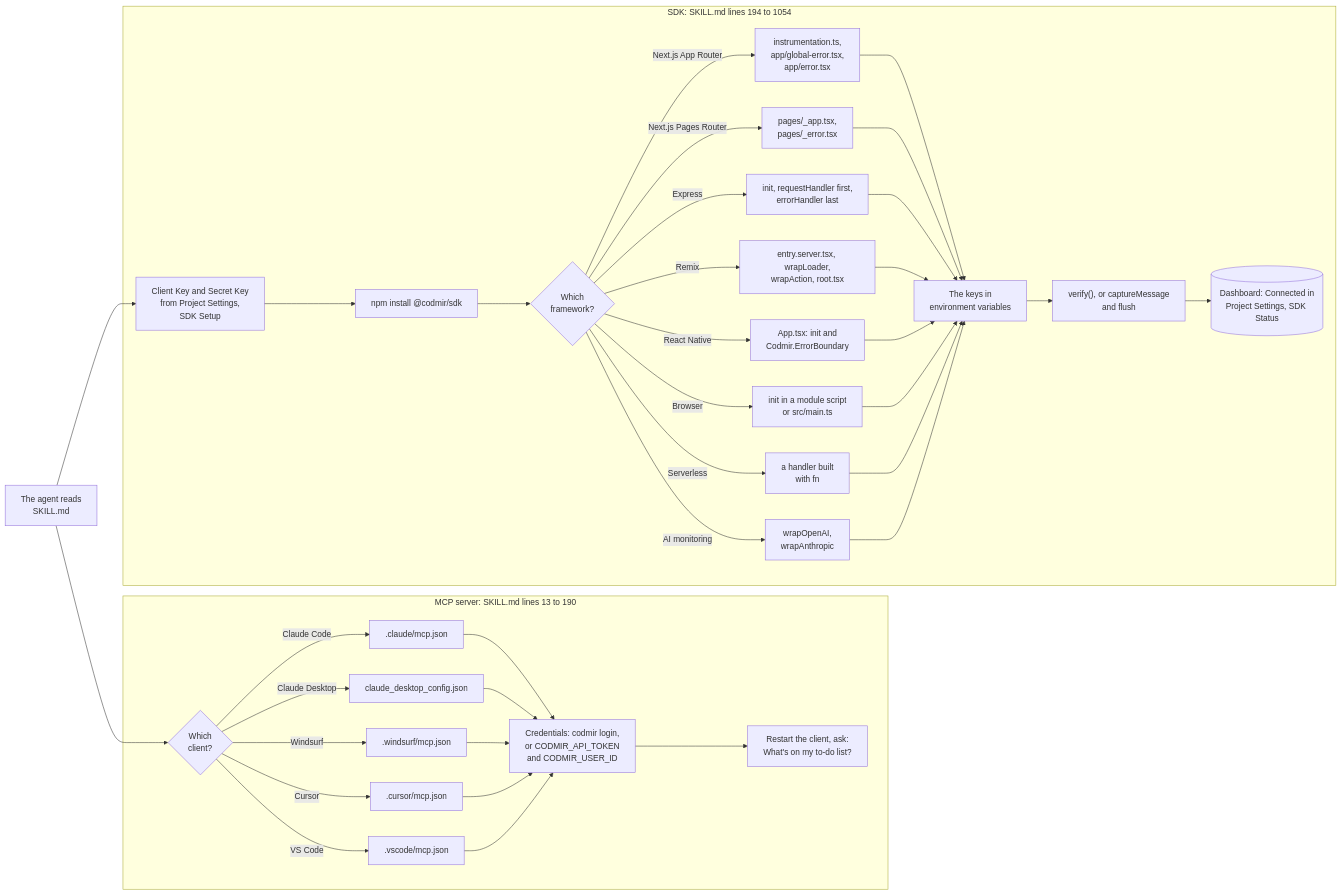
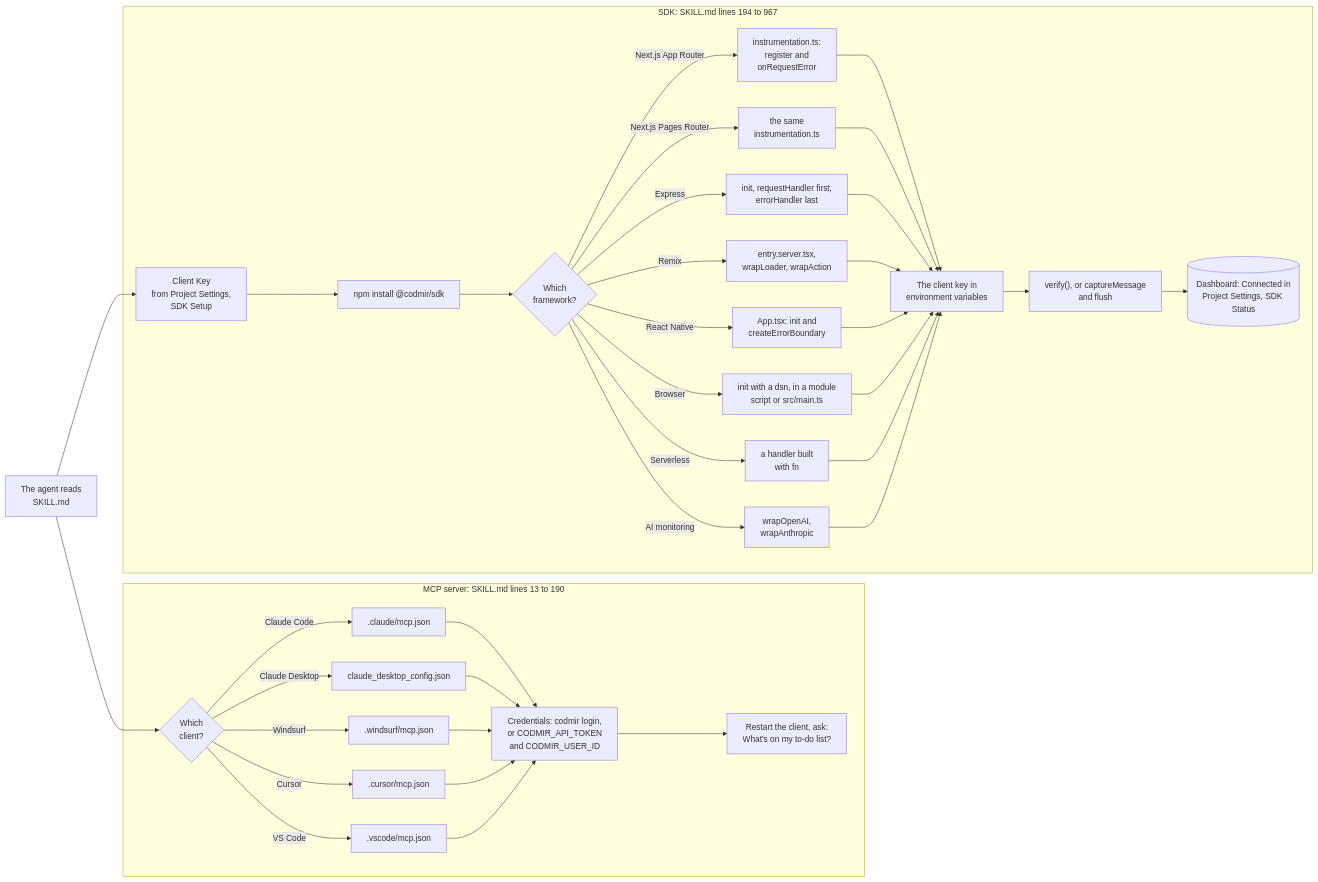
Before and after one commit to codmir-labs/skill: the diagram in README.md, drawn with Mermaid. The commit also changed other lines of this file and 1 other file, not shown here.

````diff
--- a/README.md
+++ b/README.md
@@ -309,41 +313,41 @@
 ```mermaid
 flowchart LR
     L["The agent reads<br/>SKILL.md"] --> M1
     L --> S1
     subgraph MCP ["MCP server: SKILL.md lines 13 to 190"]
         M1{"Which<br/>client?"}
         M1 -- "Claude Code" --> C1[".claude/mcp.json"]
         M1 -- "Claude Desktop" --> C2["claude_desktop_config.json"]
         M1 -- "Windsurf" --> C3[".windsurf/mcp.json"]
         M1 -- "Cursor" --> C4[".cursor/mcp.json"]
         M1 -- "VS Code" --> C5[".vscode/mcp.json"]
         C1 --> A
         C2 --> A
         C3 --> A
         C4 --> A
         C5 --> A
         A["Credentials: codmir login,<br/>or CODMIR_API_TOKEN<br/>and CODMIR_USER_ID"] --> V1["Restart the client, ask:<br/>What's on my to-do list?"]
     end
-    subgraph SDK ["SDK: SKILL.md lines 194 to 1054"]
-        S1["Client Key and Secret Key<br/>from Project Settings,<br/>SDK Setup"] --> S2["npm install @codmir/sdk"]
+    subgraph SDK ["SDK: SKILL.md lines 194 to 967"]
+        S1["Client Key<br/>from Project Settings,<br/>SDK Setup"] --> S2["npm install @codmir/sdk"]
         S2 --> S3{"Which<br/>framework?"}
-        S3 -- "Next.js App Router" --> F1["instrumentation.ts,<br/>app/global-error.tsx,<br/>app/error.tsx"]
-        S3 -- "Next.js Pages Router" --> F2["pages/_app.tsx,<br/>pages/_error.tsx"]
+        S3 -- "Next.js App Router" --> F1["instrumentation.ts:<br/>register and<br/>onRequestError"]
+        S3 -- "Next.js Pages Router" --> F2["the same<br/>instrumentation.ts"]
         S3 -- "Express" --> F3["init, requestHandler first,<br/>errorHandler last"]
-        S3 -- "Remix" --> F4["entry.server.tsx, wrapLoader,<br/>wrapAction, root.tsx"]
-        S3 -- "React Native" --> F5["App.tsx: init and<br/>Codmir.ErrorBoundary"]
-        S3 -- "Browser" --> F6["init in a module script<br/>or src/main.ts"]
+        S3 -- "Remix" --> F4["entry.server.tsx,<br/>wrapLoader, wrapAction"]
+        S3 -- "React Native" --> F5["App.tsx: init and<br/>createErrorBoundary"]
+        S3 -- "Browser" --> F6["init with a dsn, in a module<br/>script or src/main.ts"]
         S3 -- "Serverless" --> F7["a handler built<br/>with fn"]
         S3 -- "AI monitoring" --> F8["wrapOpenAI,<br/>wrapAnthropic"]
         F1 --> E
         F2 --> E
         F3 --> E
         F4 --> E
         F5 --> E
         F6 --> E
         F7 --> E
         F8 --> E
-        E["The keys in<br/>environment variables"] --> S5["verify(), or captureMessage<br/>and flush"]
+        E["The client key in<br/>environment variables"] --> S5["verify(), or captureMessage<br/>and flush"]
         S5 --> D[("Dashboard: Connected in<br/>Project Settings, SDK Status")]
     end
 ```
````
